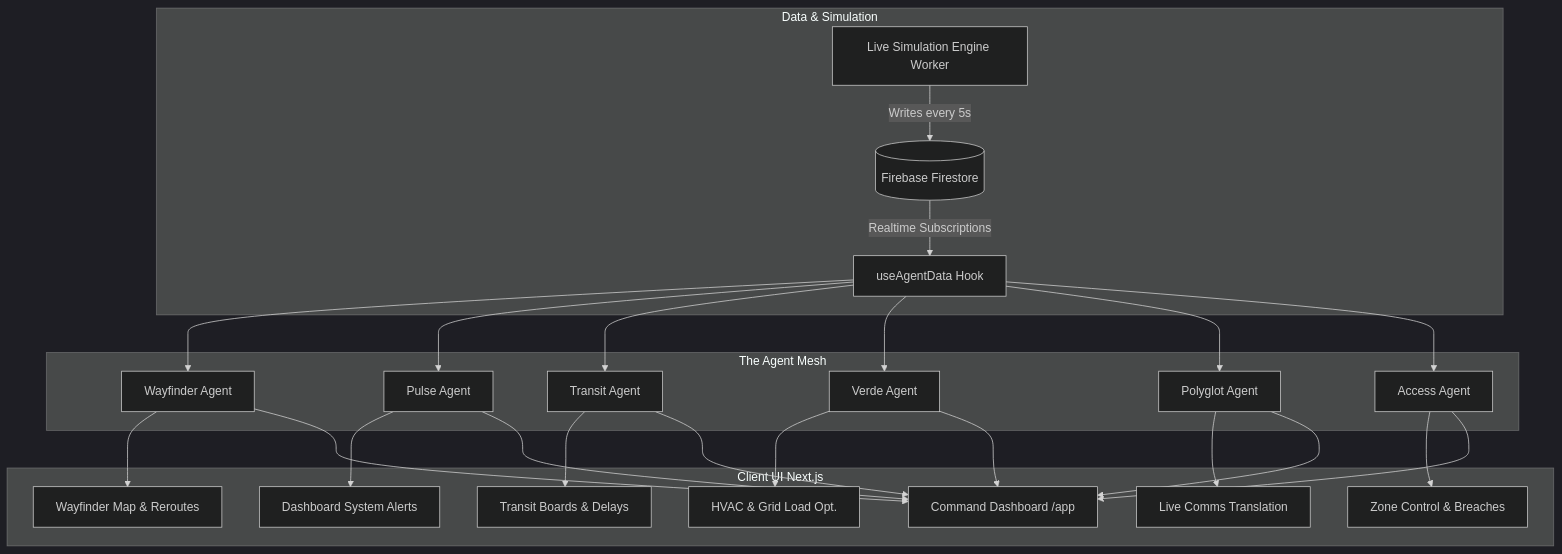
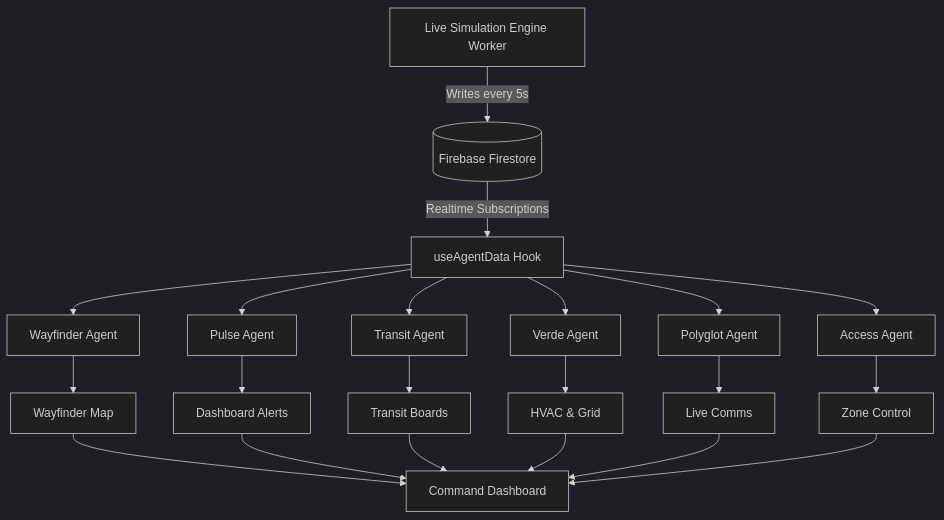
One commit to Dineshkumar2006471/concourse changed the diagram in README.md. Above: the diagram before and after it, drawn with Mermaid (dark theme). The commit also changed other lines of this file, not shown here.

Commit message:
Update README with Tech Stack and fixed Mermaid diagram

````diff
--- a/README.md
+++ b/README.md
@@ -36,27 +36,26 @@
 ```mermaid
 graph TD
-    subgraph Data & Simulation
-        SIM[Live Simulation Engine Worker] -->|Writes every 5s| DB[(Firebase Firestore)]
-        DB -->|Realtime Subscriptions| HOOK[useAgentData Hook]
-    end
+    SIM[Live Simulation Engine Worker] -->|Writes every 5s| DB[(Firebase Firestore)]
+    DB -->|Realtime Subscriptions| HOOK[useAgentData Hook]
 
-    subgraph The Agent Mesh
-        HOOK --> W[Wayfinder Agent]
-        HOOK --> P[Pulse Agent]
-        HOOK --> T[Transit Agent]
-        HOOK --> V[Verde Agent]
-        HOOK --> PL[Polyglot Agent]
-        HOOK --> A[Access Agent]
-    end
+    HOOK --> W[Wayfinder Agent]
+    HOOK --> P[Pulse Agent]
+    HOOK --> T[Transit Agent]
+    HOOK --> V[Verde Agent]
+    HOOK --> PL[Polyglot Agent]
+    HOOK --> A[Access Agent]
 
-    subgraph Client UI Next.js
-        W --> UI1[Wayfinder Map & Reroutes]
-        P --> UI2[Dashboard System Alerts]
-        T --> UI3[Transit Boards & Delays]
-        V --> UI4[HVAC & Grid Load Opt.]
-        PL --> UI5[Live Comms Translation]
-        A --> UI6[Zone Control & Breaches]
+    W --> UI1[Wayfinder Map]
+    P --> UI2[Dashboard Alerts]
+    T --> UI3[Transit Boards]
+    V --> UI4[HVAC & Grid]
+    PL --> UI5[Live Comms]
+    A --> UI6[Zone Control]
         
-        W & P & T & V & PL & A --> CT[Command Dashboard /app]
-    end
+    UI1 --> CT[Command Dashboard]
+    UI2 --> CT
+    UI3 --> CT
+    UI4 --> CT
+    UI5 --> CT
+    UI6 --> CT
 ```
````
